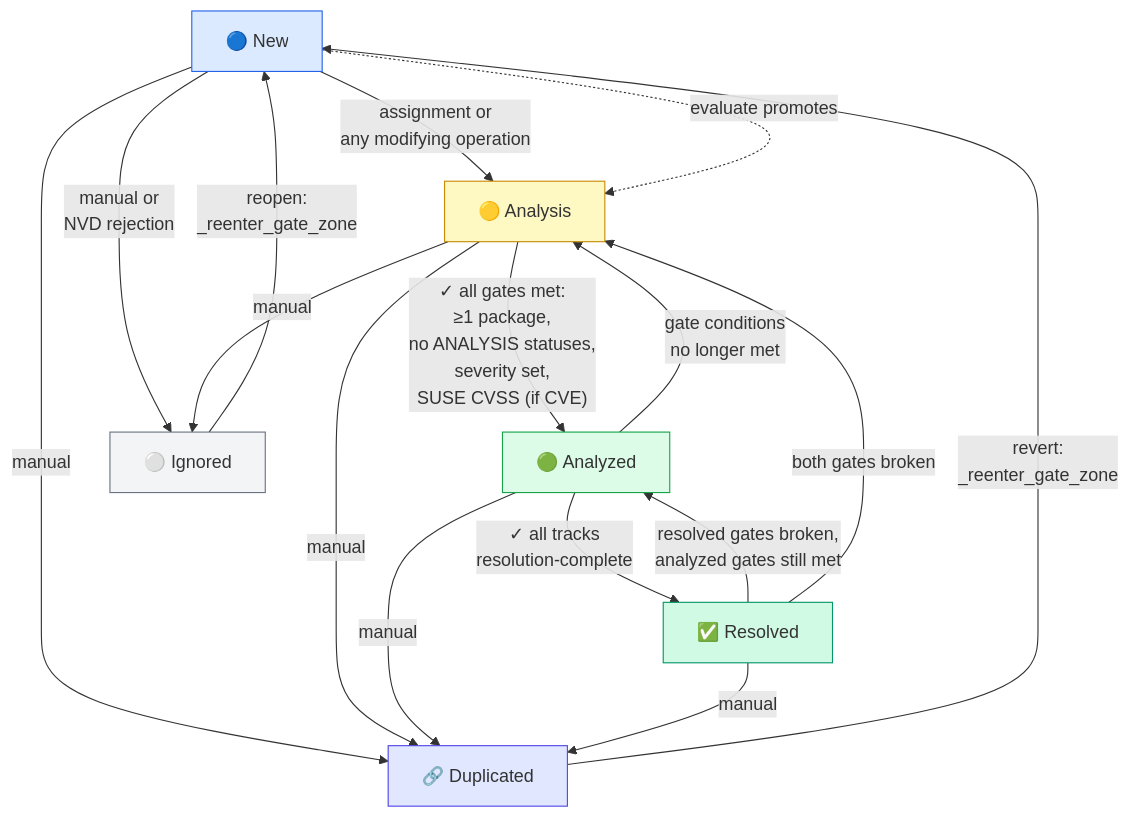
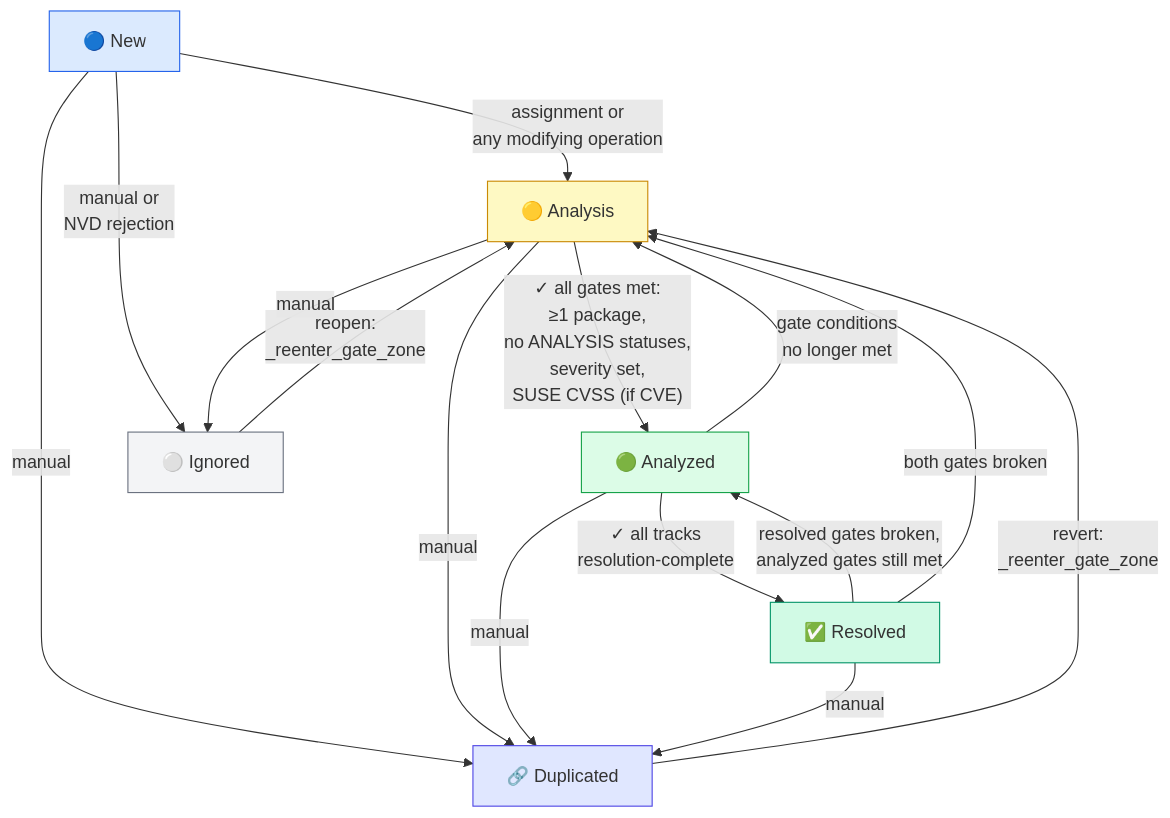
The fifth of 6 diagrams in docs/system-map.md (StayPirate/STAMP), drawn with Mermaid before and after one commit. The commit also changed 9 other files, not shown here.

First line of the commit message:
docs: decouple assignment from Analysis gate (orphaned ticket status)

````diff
--- a/docs/system-map.md
+++ b/docs/system-map.md
@@ -544,38 +544,36 @@
 ```mermaid
 flowchart TD
     NEW["🔵 New"]
     ANALYSIS["🟡 Analysis"]
     ANALYZED["🟢 Analyzed"]
     RESOLVED["✅ Resolved"]
     IGNORED["⚪ Ignored"]
     DUPLICATED["🔗 Duplicated"]
 
     NEW -->|"assignment or<br/>any modifying operation"| ANALYSIS
     NEW -->|"manual or<br/>NVD rejection"| IGNORED
 
     ANALYSIS -->|"✓ all gates met:<br/>≥1 package,<br/>no ANALYSIS statuses,<br/>severity set,<br/>SUSE CVSS (if CVE)"| ANALYZED
     ANALYSIS -->|"manual"| IGNORED
 
     ANALYZED -->|"✓ all tracks<br/>resolution-complete"| RESOLVED
     ANALYZED -->|"gate conditions<br/>no longer met"| ANALYSIS
 
     RESOLVED -->|"resolved gates broken,<br/>analyzed gates still met"| ANALYZED
     RESOLVED -->|"both gates broken"| ANALYSIS
 
     NEW -->|"manual"| DUPLICATED
     ANALYSIS -->|"manual"| DUPLICATED
     ANALYZED -->|"manual"| DUPLICATED
     RESOLVED -->|"manual"| DUPLICATED
 
-    DUPLICATED -->|"revert:<br/>_reenter_gate_zone"| NEW
-    IGNORED -->|"reopen:<br/>_reenter_gate_zone"| NEW
-
-    NEW -.->|"evaluate promotes"| ANALYSIS
+    DUPLICATED -->|"revert:<br/>_reenter_gate_zone"| ANALYSIS
+    IGNORED -->|"reopen:<br/>_reenter_gate_zone"| ANALYSIS
 
     style NEW fill:#dbeafe,stroke:#2563eb
     style ANALYSIS fill:#fef9c3,stroke:#ca8a04
     style ANALYZED fill:#dcfce7,stroke:#16a34a
     style RESOLVED fill:#d1fae5,stroke:#059669
     style IGNORED fill:#f3f4f6,stroke:#6b7280
     style DUPLICATED fill:#e0e7ff,stroke:#4f46e5
 ```
````
